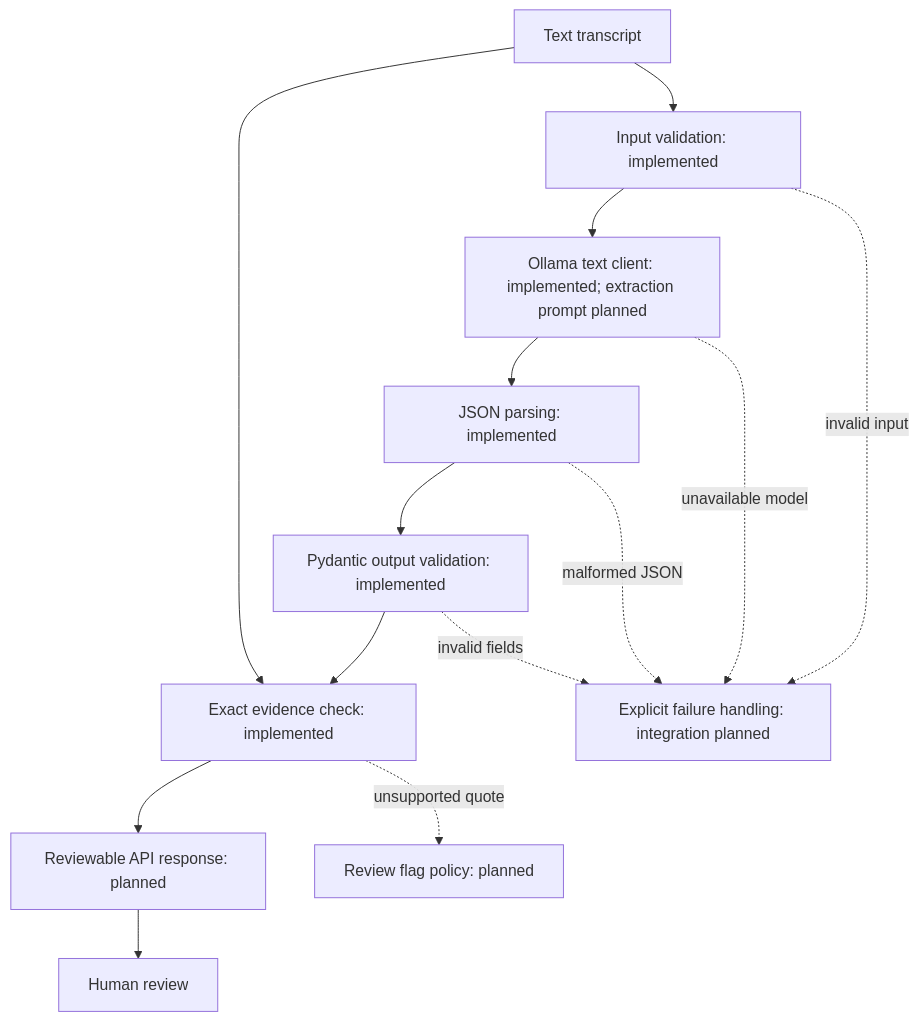
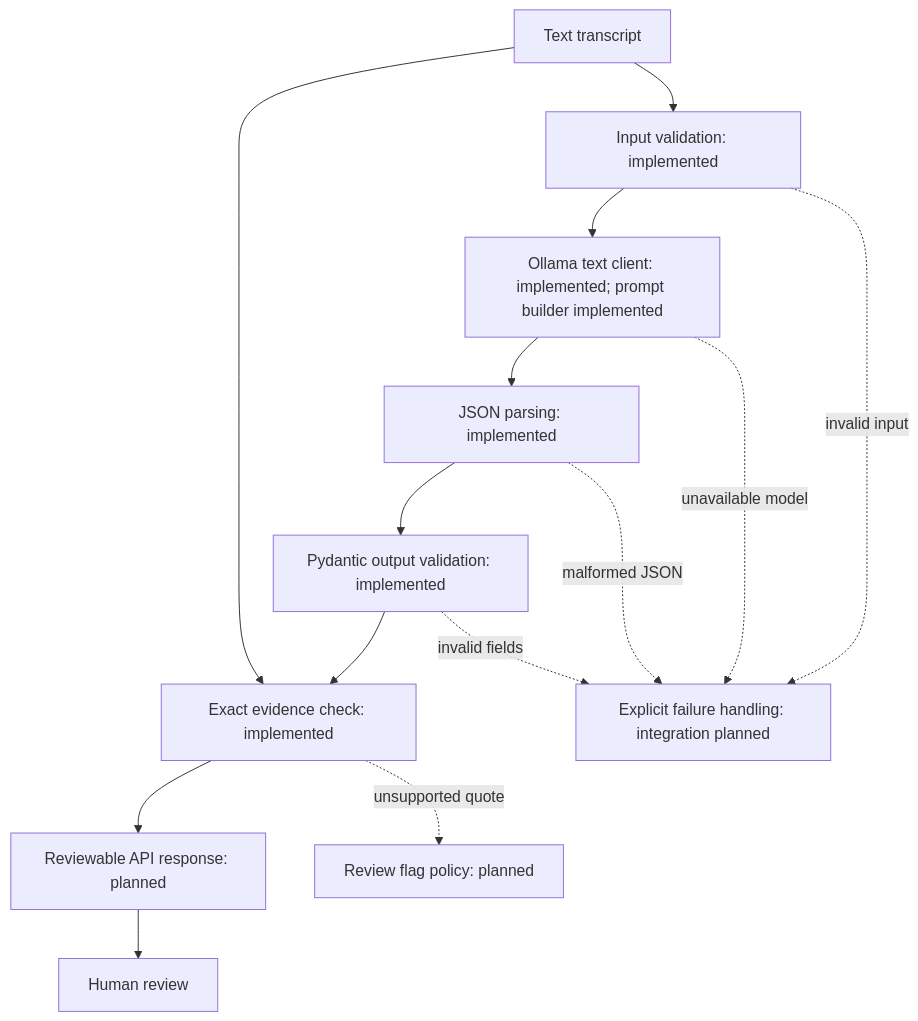
The diagram in README.md (AbhinavS-30/ActionGraph), drawn with Mermaid before and after one commit. The commit also changed other lines of this file and 7 other files, not shown here.

Commit message:
Define extraction policy and support schema-constrained generation

````diff
--- a/README.md
+++ b/README.md
@@ -17,16 +17,16 @@
 ```mermaid
 flowchart TD
     A[Text transcript] --> B[Input validation: implemented]
-    B --> C[Ollama text client: implemented; extraction prompt planned]
+    B --> C[Ollama text client: implemented; prompt builder implemented]
     C --> D[JSON parsing: implemented]
     D --> E[Pydantic output validation: implemented]
     E --> F[Exact evidence check: implemented]
     A --> F
     F --> G[Reviewable API response: planned]
     G --> H[Human review]
     B -. invalid input .-> X[Explicit failure handling: integration planned]
     C -. unavailable model .-> X
     D -. malformed JSON .-> X
     E -. invalid fields .-> X
     F -. unsupported quote .-> Y[Review flag policy: planned]
 ```
````
